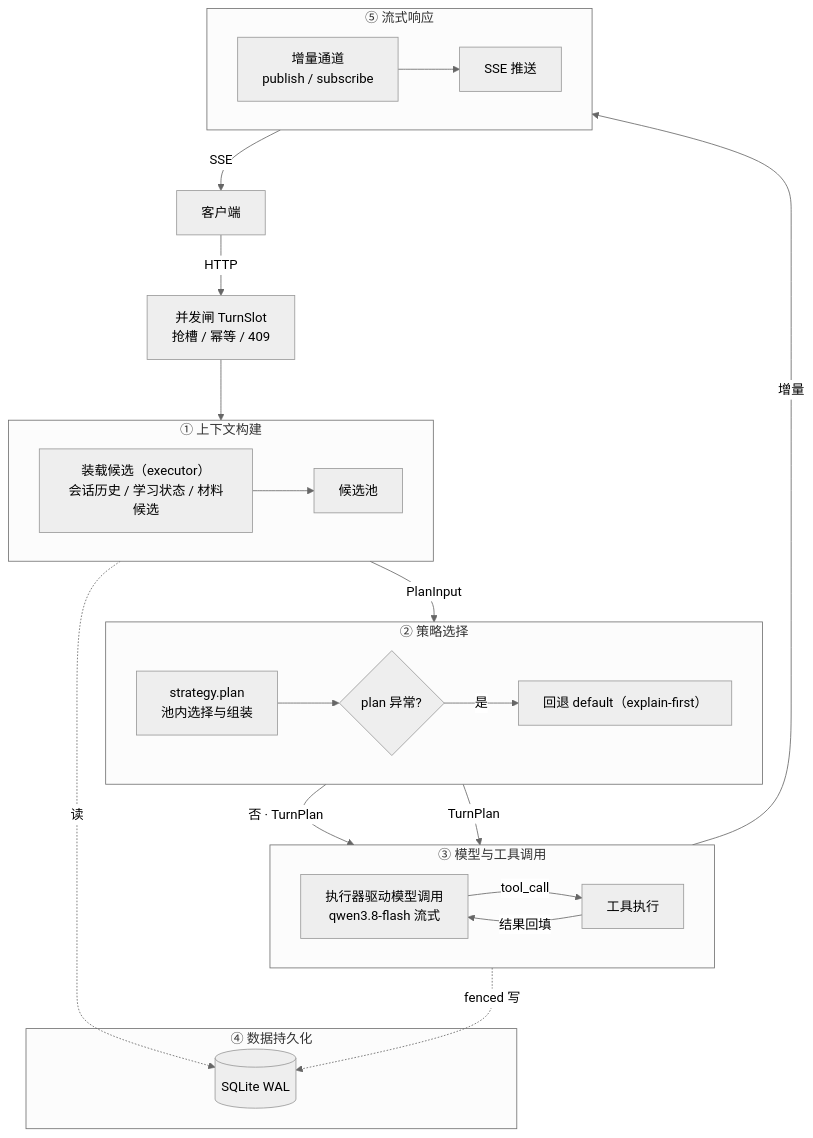
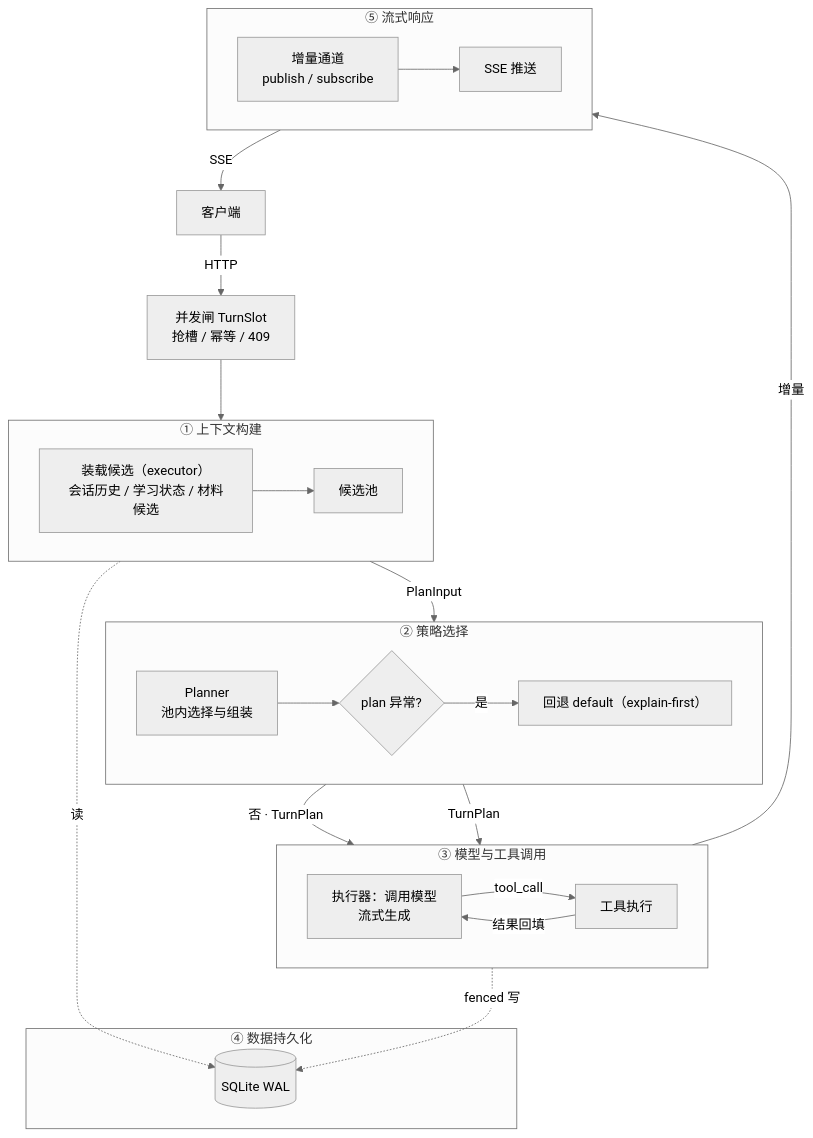
Before and after one commit to Nakurusu/zero: the diagram in README.md, drawn with Mermaid (neutral theme).

Commit message:
Docs review: fix architecture diagram (PlanInput label, concurrency gate, Planner node, generic model call, fenced writes); align design notes with implementation

````diff
--- a/README.md
+++ b/README.md
@@ -12,49 +12,49 @@
 ```mermaid
 flowchart TB
     Client["客户端"]
     SLOT["并发闸 TurnSlot<br/>抢槽 / 幂等 / 409"]
 
     subgraph S1["① 上下文构建"]
         direction LR
         LOAD["装载候选（executor）<br/>会话历史 / 学习状态 / 材料候选"]
         POOL["候选池"]
         LOAD --> POOL
     end
 
     subgraph S2["② 策略选择"]
         direction LR
-        PLAN["strategy.plan<br/>池内选择与组装"]
+        PLAN["Planner<br/>池内选择与组装"]
         FB{"plan 异常?"}
         DEF["回退 default（explain-first）"]
         PLAN --> FB
         FB -->|是| DEF
     end
 
     subgraph S3["③ 模型与工具调用"]
         direction LR
-        MODEL["执行器驱动模型调用<br/>qwen3.8-flash 流式"]
+        MODEL["执行器：调用模型<br/>流式生成"]
         TOOL["工具执行"]
         MODEL -->|tool_call| TOOL
         TOOL -->|结果回填| MODEL
     end
 
     subgraph S5["⑤ 流式响应"]
         direction LR
         CH["增量通道<br/>publish / subscribe"]
         CH --> SSE["SSE 推送"]
     end
 
     subgraph S4["④ 数据持久化"]
         DB[("SQLite WAL")]
     end
 
     Client -->|HTTP| SLOT
     SLOT --> LOAD
     POOL -->|PlanInput| PLAN
     FB -->|否 · TurnPlan| MODEL
     DEF -->|TurnPlan| MODEL
     MODEL -->|增量| CH
     SSE -->|SSE| Client
     LOAD -. 读 .-> DB
     MODEL -. fenced 写 .-> DB
 ```
````
